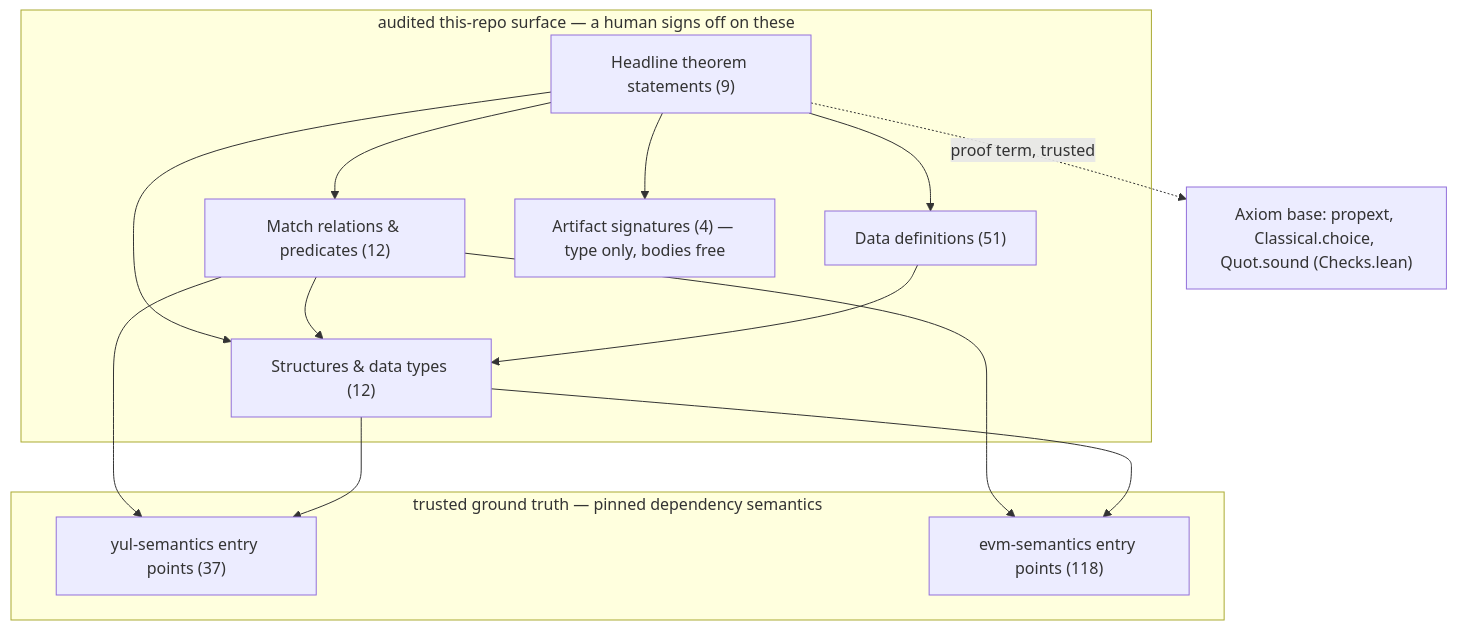
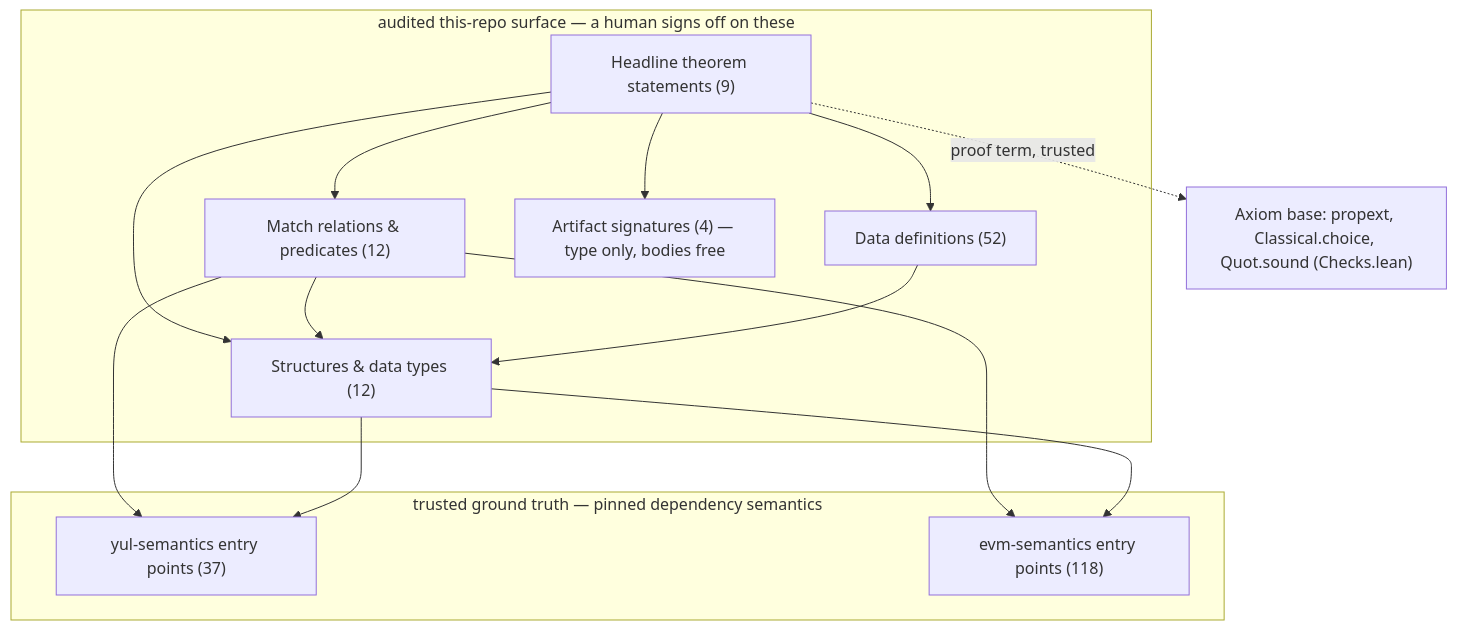
The diagram in SPEC.md (powdr-labs/yul-compiler), drawn with Mermaid before and after one commit. The commit also changed other lines of this file and 20 other files, not shown here.

````diff
--- a/SPEC.md
+++ b/SPEC.md
@@ -23,20 +23,20 @@
 ```mermaid
 flowchart TD
   subgraph audited ["audited this-repo surface — a human signs off on these"]
     S["Headline theorem statements (9)"]
     R["Match relations & predicates (12)"]
     T["Structures & data types (12)"]
-    D["Data definitions (51)"]
+    D["Data definitions (52)"]
     A["Artifact signatures (4) — type only, bodies free"]
   end
   subgraph external ["trusted ground truth — pinned dependency semantics"]
     YUL["yul-semantics entry points (37)"]
     EVM["evm-semantics entry points (118)"]
   end
   AX["Axiom base: propext, Classical.choice, Quot.sound (Checks.lean)"]
   S --> R & T & D & A
   R --> T & YUL & EVM
   D --> T
   T --> YUL & EVM
   S -.->|proof term, trusted| AX
 ```
````
